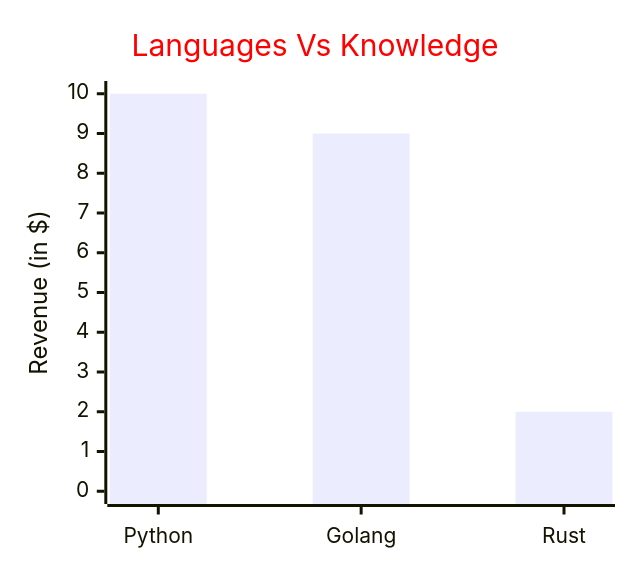
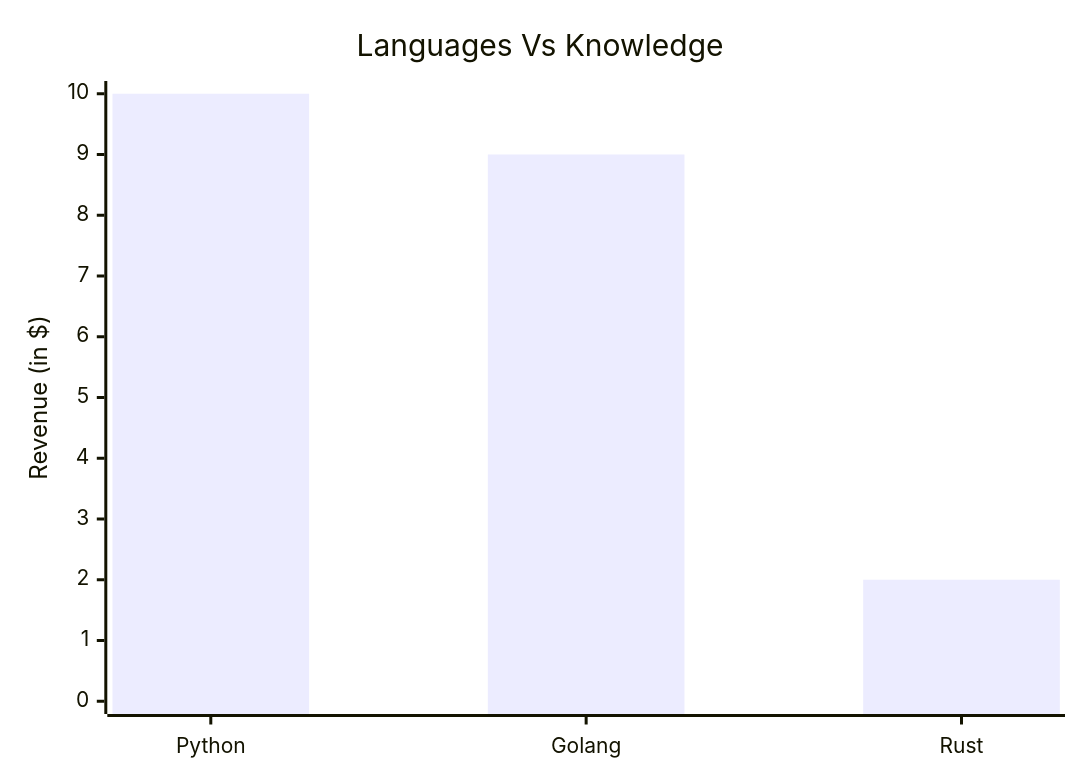
One commit to dev-hack95/dev-hack95 changed the diagram in README.md. Above: the diagram before and after it, drawn with Mermaid.

````diff
--- a/README.md
+++ b/README.md
@@ -31,16 +31,7 @@
 ```mermaid
----
-config:
-    xyChart:
-        width: 400
-        height: 360
-    themeVariables:
-        xyChart:
-            titleColor: "#ff0000"
----
 xychart-beta
     title "Languages Vs Knowledge"
     x-axis [Python, Golang, Rust]
     y-axis "Revenue (in $)" 0 --> 10
     bar [10, 9, 2]
 ```
````
